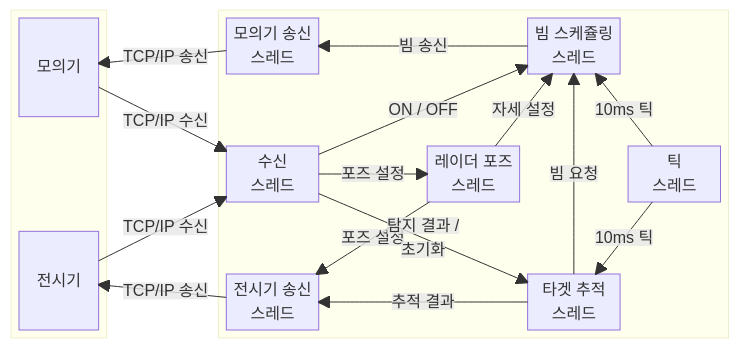
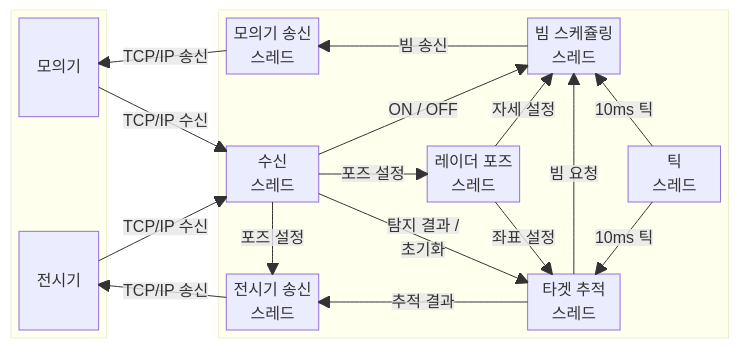
One commit to AESAlien/aesa-processor changed the second of 2 diagrams in README.md. Above: the diagram before and after it, drawn with Mermaid. The commit also changed 24 other files, not shown here.

````diff
--- a/README.md
+++ b/README.md
@@ -39,36 +39,37 @@
 ```mermaid
 block-beta
     columns 7
 
     block:External:1
         columns 1
         Simulator["모의기"]
         space
         Console["전시기"]
     end
     space
     block:Processor:5
         columns 5
         SimulatorSendWorker["모의기 송신<br/>스레드"] space:2 BeamWorker["빔 스케쥴링<br/>스레드"] space:1
         space:5
         CommReceiveWorker["수신<br/>스레드"] space PoseWorker["레이더 포즈<br/>스레드"] space:1 TickWorker["틱<br/>스레드"]
         space:5
         ConsoleSendWorker["전시기 송신<br/>스레드"] space:2 TargetWorker["타겟 추적<br/>스레드"] space
     end
 
     Simulator-- "TCP/IP 수신" -->CommReceiveWorker
     Console-- "TCP/IP 수신" -->CommReceiveWorker
     SimulatorSendWorker-- "TCP/IP 송신" -->Simulator
     ConsoleSendWorker-- "TCP/IP 송신" -->Console
 
-    PoseWorker-- "포즈 설정" -->ConsoleSendWorker
+    CommReceiveWorker-- "포즈 설정" -->ConsoleSendWorker
     CommReceiveWorker-- "포즈 설정" -->PoseWorker
     CommReceiveWorker-- "탐지 결과 /<br/>초기화" -->TargetWorker
     CommReceiveWorker-- "ON / OFF" -->BeamWorker
     PoseWorker-- "자세 설정" -->BeamWorker
+    PoseWorker-- "좌표 설정" -->TargetWorker
     TargetWorker-- "추적 결과" -->ConsoleSendWorker
     TargetWorker-- "빔 요청" -->BeamWorker
     BeamWorker-- "빔 송신" -->SimulatorSendWorker
     TickWorker-- "10ms 틱" -->BeamWorker
     TickWorker-- "10ms 틱" -->TargetWorker
 ```
````
